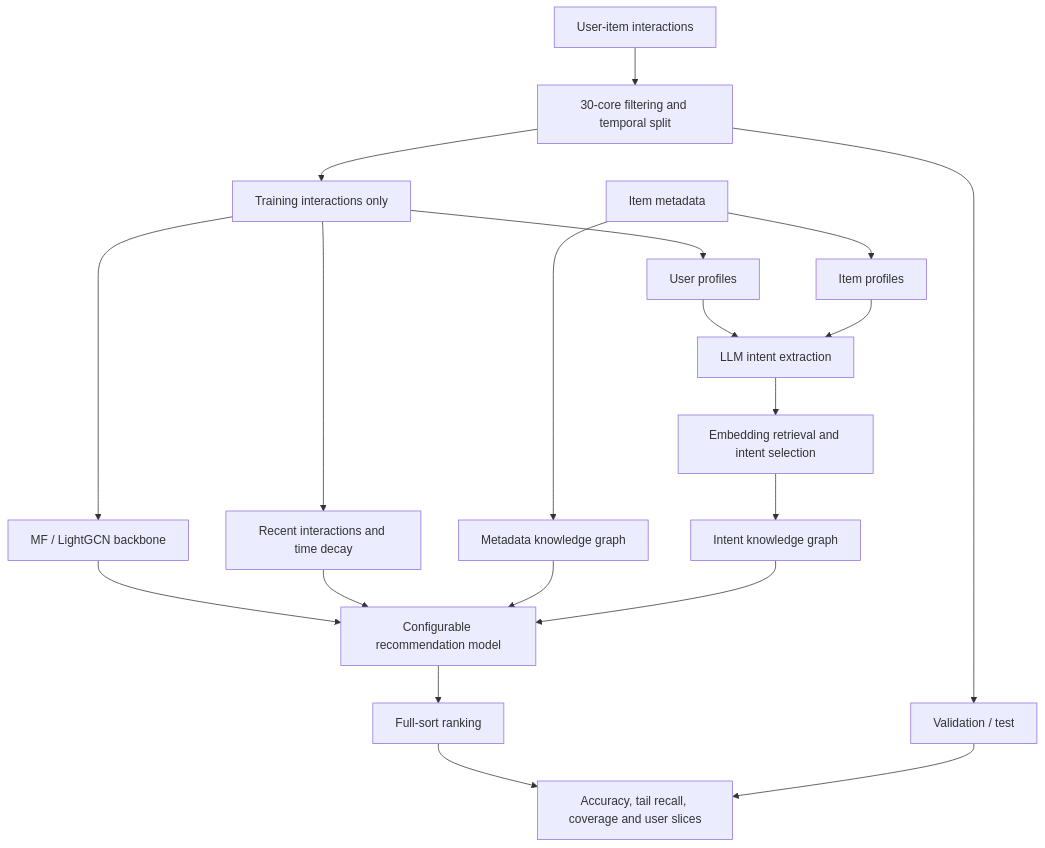
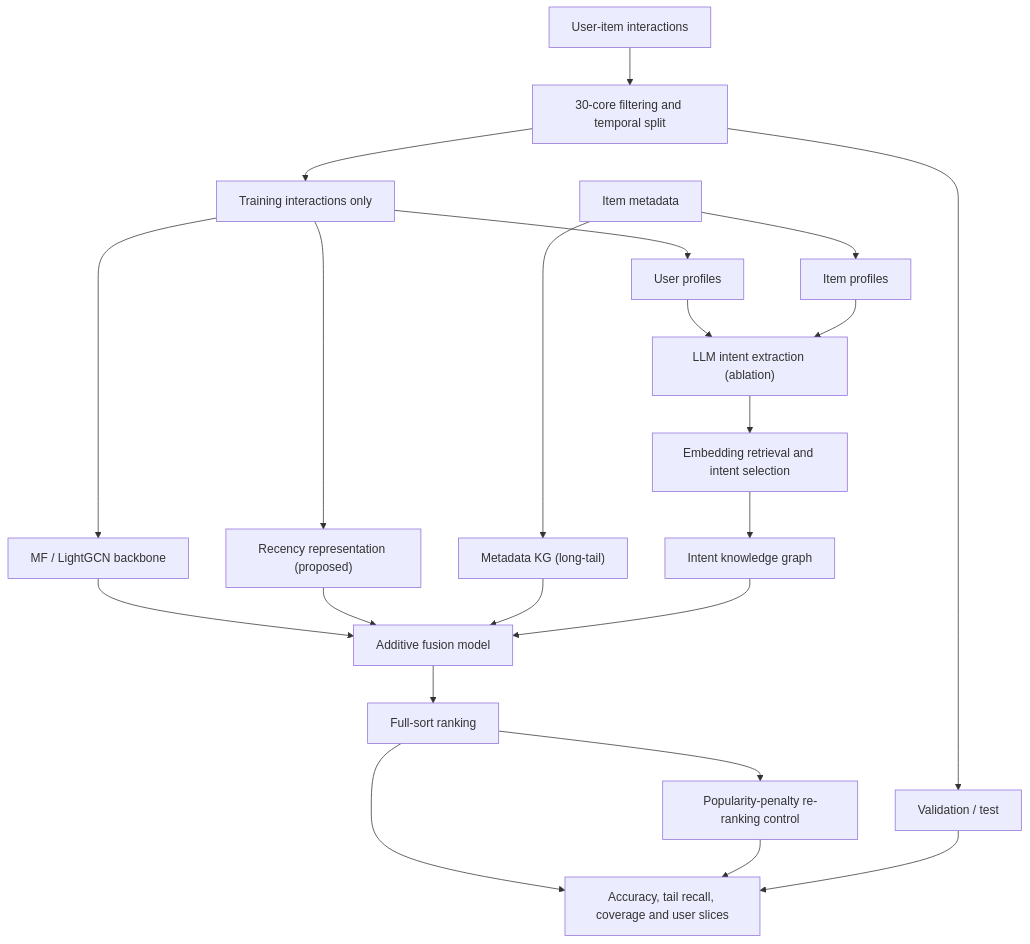
One commit to HK1DS/Evaluating-LLM-Derived-Intent-Metadata-and-Recency-in-Recommender-Systems- changed the diagram in README.md. Above: the diagram before and after it, drawn with Mermaid. The commit also changed other lines of this file and 1 other file, not shown here.

````diff
--- a/README.md
+++ b/README.md
@@ -41,22 +89,24 @@
 ```mermaid
 flowchart TD
     A[User-item interactions] --> B[30-core filtering and temporal split]
     B --> C[Training interactions only]
     C --> D[MF / LightGCN backbone]
-    C --> E[Recent interactions and time decay]
+    C --> E["Recency representation (proposed)"]
     C --> F[User profiles]
-    G[Item metadata] --> H[Metadata knowledge graph]
+    G[Item metadata] --> H["Metadata KG (long-tail)"]
     G --> I[Item profiles]
-    F --> J[LLM intent extraction]
+    F --> J["LLM intent extraction (ablation)"]
     I --> J
     J --> K[Embedding retrieval and intent selection]
     K --> L[Intent knowledge graph]
-    D --> M[Configurable recommendation model]
+    D --> M[Additive fusion model]
     E --> M
     H --> M
     L --> M
     M --> N[Full-sort ranking]
+    N --> Q[Popularity-penalty re-ranking control]
     B --> O[Validation / test]
     N --> P[Accuracy, tail recall, coverage and user slices]
+    Q --> P
     O --> P
 ```
````
